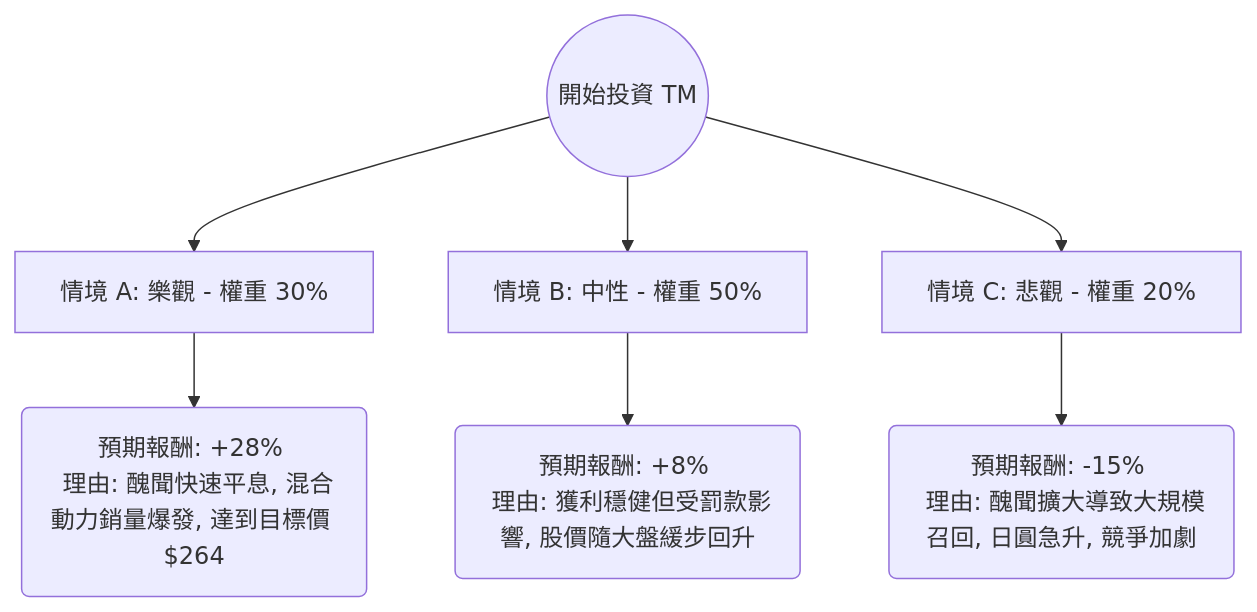
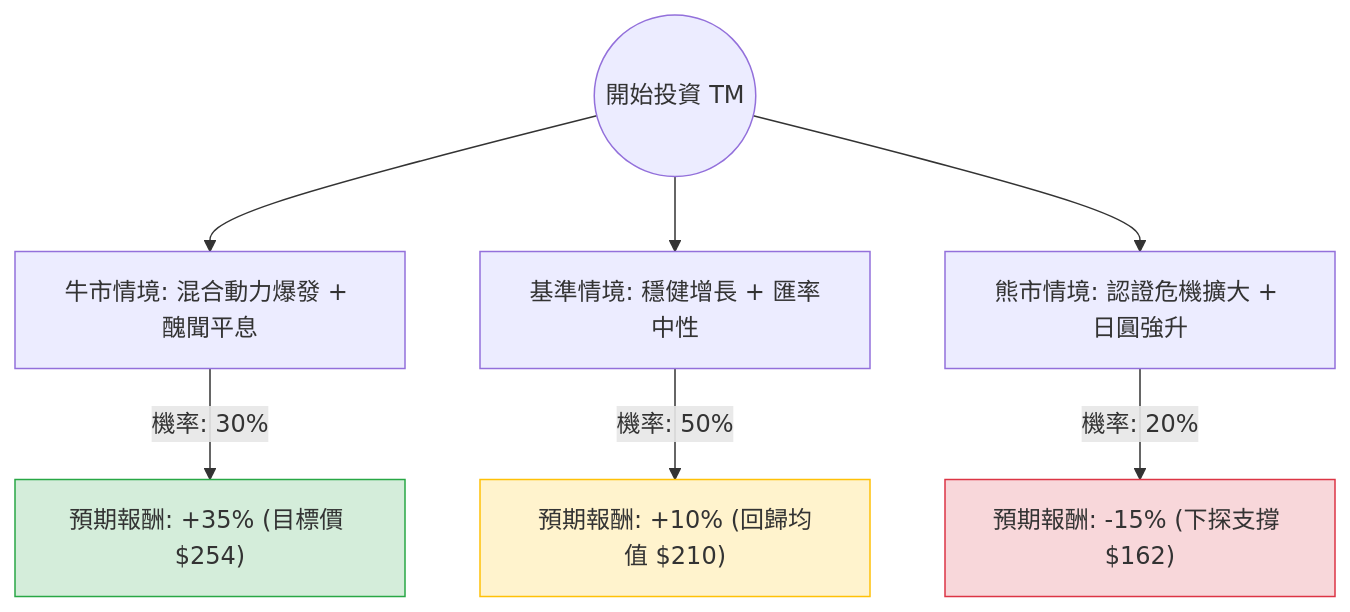
One commit to zmcx16/zmcx16.github.io changed the diagram in plugin-react/ai-analysis/ev-analysis/TM.md. Above: the diagram before and after it, drawn with Mermaid. The commit also changed other lines of this file and 81 other files, not shown here.

````diff
--- a/plugin-react/ai-analysis/ev-analysis/TM.md
+++ b/plugin-react/ai-analysis/ev-analysis/TM.md
@@ -20,10 +20,14 @@
 ```mermaid
 graph TD
-    Start((開始投資 TM)) --> Bull[情境 A: 樂觀 - 權重 30%]
-    Start --> Base[情境 B: 中性 - 權重 50%]
-    Start --> Bear[情境 C: 悲觀 - 權重 20%]
+    Start((開始投資 TM)) --> Bull[牛市情境: 混合動力爆發 + 醜聞平息]
+    Start --> Base[基準情境: 穩健增長 + 匯率中性]
+    Start --> Bear[熊市情境: 認證危機擴大 + 日圓強升]
 
-    Bull --> Bull_Result(預期報酬: +28% <br/> 理由: 醜聞快速平息, 混合動力銷量爆發, 達到目標價 $264)
-    Base --> Base_Result(預期報酬: +8% <br/> 理由: 獲利穩健但受罰款影響, 股價隨大盤緩步回升)
-    Bear --> Bear_Result(預期報酬: -15% <br/> 理由: 醜聞擴大導致大規模召回, 日圓急升, 競爭加劇)
+    Bull -- "機率: 30%" --> BullResult["預期報酬: +35% (目標價 $254)"]
+    Base -- "機率: 50%" --> BaseResult["預期報酬: +10% (回歸均值 $210)"]
+    Bear -- "機率: 20%" --> BearResult["預期報酬: -15% (下探支撐 $162)"]
+
+    style BullResult fill:#d4edda,stroke:#28a745
+    style BaseResult fill:#fff3cd,stroke:#ffc107
+    style BearResult fill:#f8d7da,stroke:#dc3545
 ```
````
